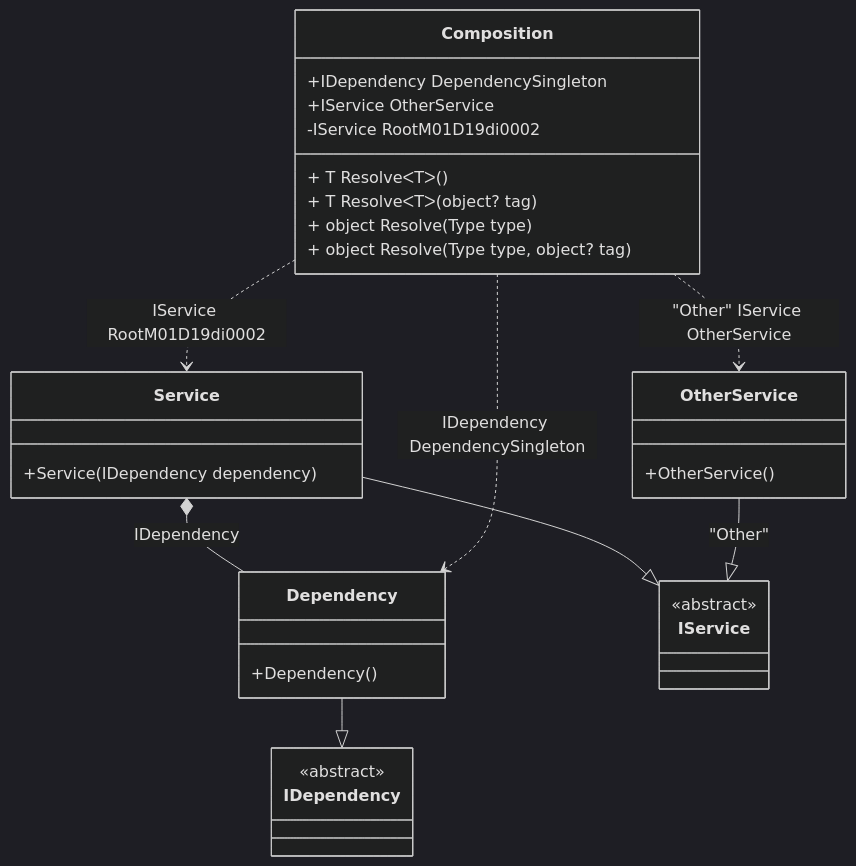
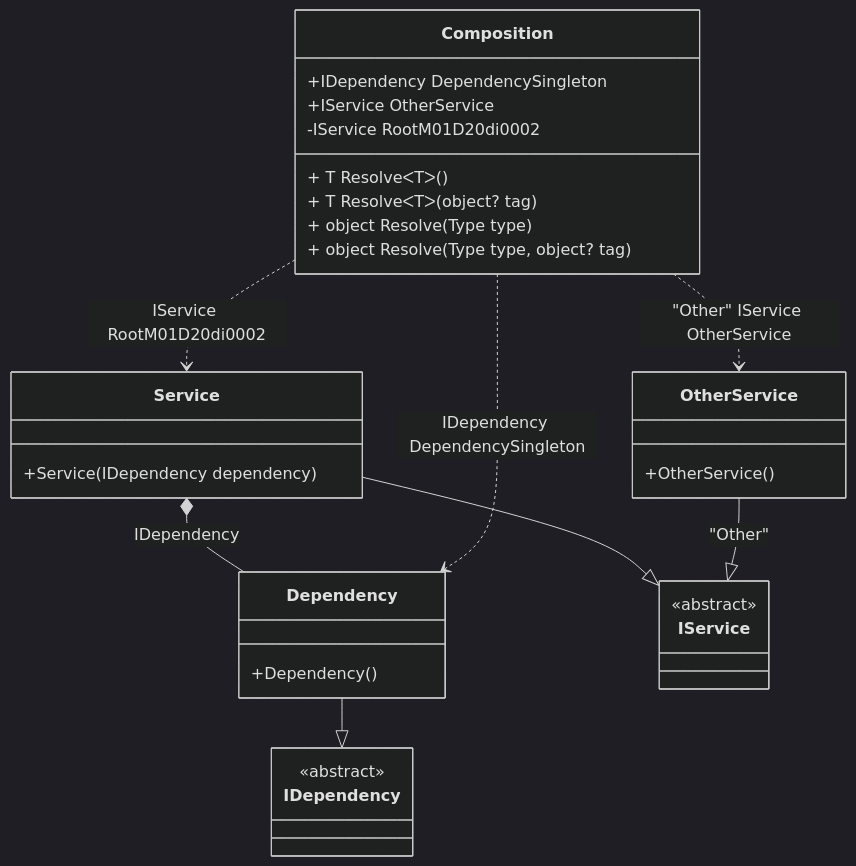
Before and after one commit to DevTeam/Pure.DI: the diagram in readme/resolve-methods.md, drawn with Mermaid (dark theme). The commit also changed other lines of this file and 64 other files, not shown here.

````diff
--- a/readme/resolve-methods.md
+++ b/readme/resolve-methods.md
@@ -45,34 +45,34 @@
 ```mermaid
 classDiagram
   class Composition {
     +IDependency DependencySingleton
     +IService OtherService
-    -IService RootM01D19di0002
+    -IService RootM01D20di0002
     + T ResolveᐸTᐳ()
     + T ResolveᐸTᐳ(object? tag)
     + object Resolve(Type type)
     + object Resolve(Type type, object? tag)
   }
   Dependency --|> IDependency : 
   class Dependency {
     +Dependency()
   }
   Service --|> IService : 
   class Service {
     +Service(IDependency dependency)
   }
   OtherService --|> IService : "Other" 
   class OtherService {
     +OtherService()
   }
   class IDependency {
     <<abstract>>
   }
   class IService {
     <<abstract>>
   }
   Service *--  Dependency : IDependency
   Composition ..> Dependency : IDependency DependencySingleton
-  Composition ..> Service : IService RootM01D19di0002
+  Composition ..> Service : IService RootM01D20di0002
   Composition ..> OtherService : "Other" IService OtherService
 ```
````
